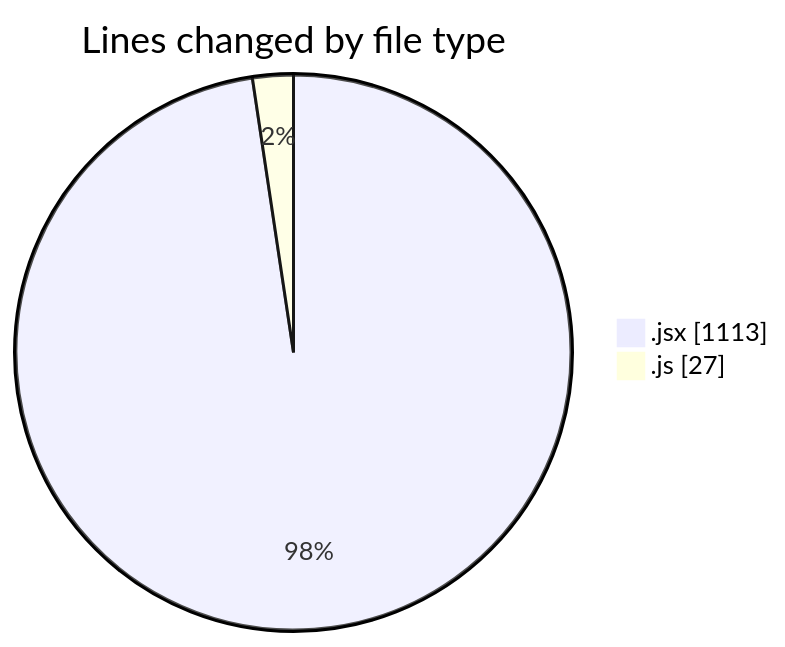
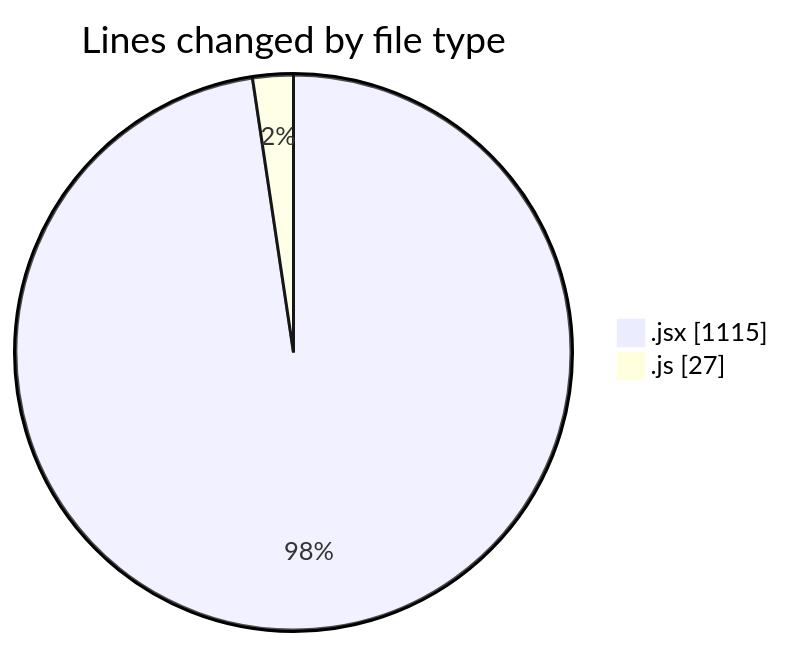
One commit to nxtqubesakshisongat/code-tracking changed the first of 2 diagrams in 2025-05-16/argos-dev/README.md. Above: the diagram before and after it, drawn with Mermaid. The commit also changed other lines of this file and 1 other file, not shown here.

````diff
--- a/2025-05-16/argos-dev/README.md
+++ b/2025-05-16/argos-dev/README.md
@@ -23,6 +23,6 @@
 ```mermaid
 pie showData
 title Lines changed by file type
-".jsx" : 1113
+".jsx" : 1115
 ".js" : 27
 ```
````
